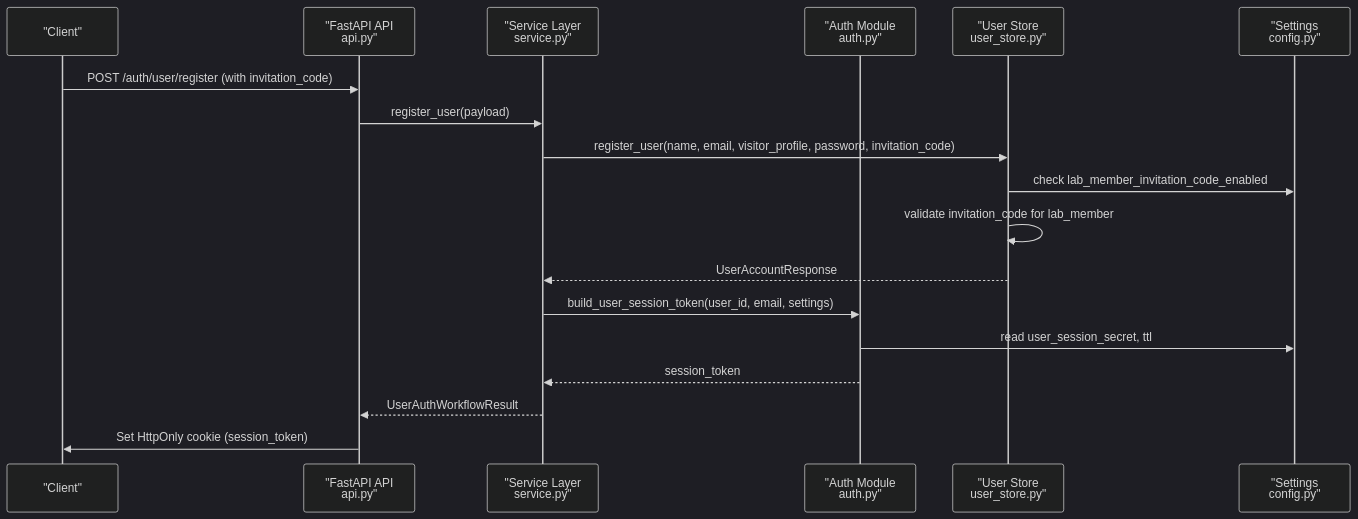
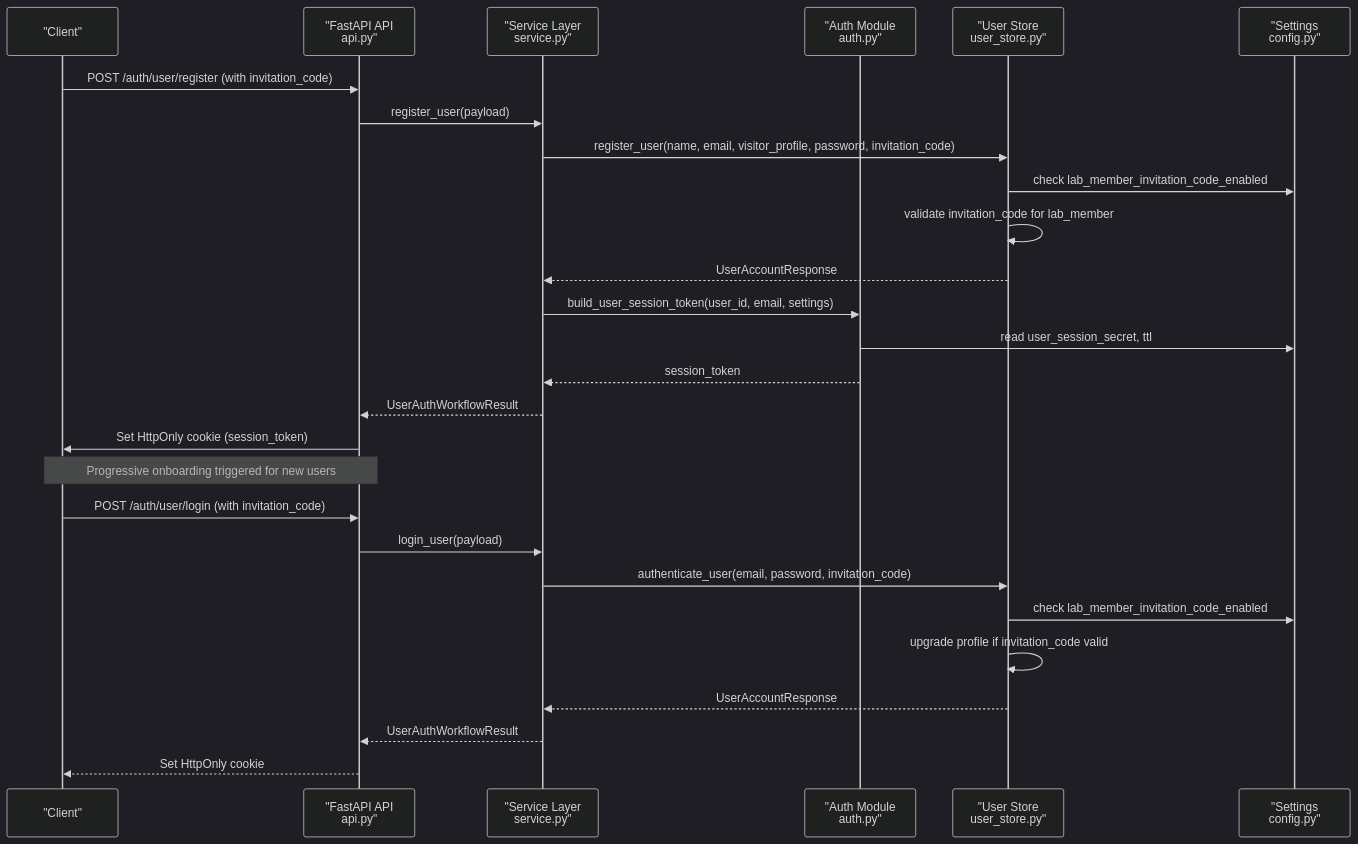
The second of 16 diagrams in .qoder/repowiki/en/content/Core Components/Authentication System.md (intellistream/sage-mate), drawn with Mermaid (dark theme) before and after one commit. The commit also changed other lines of this file and 53 other files, not shown here.

First line of the commit message:
chore: update ROADMAP and changelog for v4.1.0–v4.2.5, frontend UX fixes

````diff
--- a/.qoder/repowiki/en/content/Core Components/Authentication System.md
+++ b/.qoder/repowiki/en/content/Core Components/Authentication System.md
@@ -136,20 +143,29 @@
 ```mermaid
 sequenceDiagram
 participant Client as "Client"
 participant API as "FastAPI API<br/>api.py"
 participant Service as "Service Layer<br/>service.py"
 participant Auth as "Auth Module<br/>auth.py"
 participant Store as "User Store<br/>user_store.py"
 participant Config as "Settings<br/>config.py"
 Client->>API : POST /auth/user/register (with invitation_code)
 API->>Service : register_user(payload)
 Service->>Store : register_user(name, email, visitor_profile, password, invitation_code)
 Store->>Config : check lab_member_invitation_code_enabled
 Store->>Store : validate invitation_code for lab_member
 Store-->>Service : UserAccountResponse
 Service->>Auth : build_user_session_token(user_id, email, settings)
 Auth->>Config : read user_session_secret, ttl
 Auth-->>Service : session_token
 Service-->>API : UserAuthWorkflowResult
 API->>Client : Set HttpOnly cookie (session_token)
+Note over Client,API : Progressive onboarding triggered for new users
+Client->>API : POST /auth/user/login (with invitation_code)
+API->>Service : login_user(payload)
+Service->>Store : authenticate_user(email, password, invitation_code)
+Store->>Config : check lab_member_invitation_code_enabled
+Store->>Store : upgrade profile if invitation_code valid
+Store-->>Service : UserAccountResponse
+Service-->>API : UserAuthWorkflowResult
+API-->>Client : Set HttpOnly cookie
 ```
````
